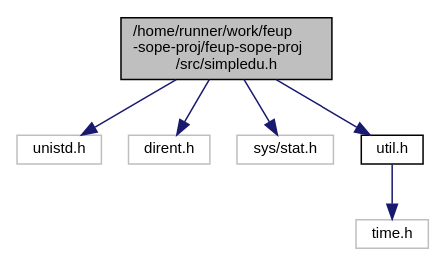
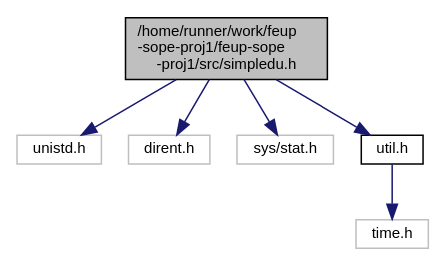
One commit to ctrlMarcio/feup-sope-proj changed the diagram in simpledu_8h__incl.dot. Above: the diagram before and after it, drawn with Graphviz. The commit also changed 25 other files, not shown here.

```diff
--- a/simpledu_8h__incl.dot
+++ b/simpledu_8h__incl.dot
@@ -1,16 +1,16 @@
-digraph "/home/runner/work/feup-sope-proj/feup-sope-proj/src/simpledu.h"
+digraph "/home/runner/work/feup-sope-proj1/feup-sope-proj1/src/simpledu.h"
 {
   edge [fontname="Helvetica",fontsize="10",labelfontname="Helvetica",labelfontsize="10"];
   node [fontname="Helvetica",fontsize="10",shape=record];
-  Node0 [label="/home/runner/work/feup\l-sope-proj/feup-sope-proj\l/src/simpledu.h",height=0.2,width=0.4,color="black", fillcolor="grey75", style="filled", fontcolor="black"];
+  Node0 [label="/home/runner/work/feup\l-sope-proj1/feup-sope\l-proj1/src/simpledu.h",height=0.2,width=0.4,color="black", fillcolor="grey75", style="filled", fontcolor="black"];
   Node0 -> Node1 [color="midnightblue",fontsize="10",style="solid",fontname="Helvetica"];
   Node1 [label="unistd.h",height=0.2,width=0.4,color="grey75", fillcolor="white", style="filled"];
   Node0 -> Node2 [color="midnightblue",fontsize="10",style="solid",fontname="Helvetica"];
   Node2 [label="dirent.h",height=0.2,width=0.4,color="grey75", fillcolor="white", style="filled"];
   Node0 -> Node3 [color="midnightblue",fontsize="10",style="solid",fontname="Helvetica"];
   Node3 [label="sys/stat.h",height=0.2,width=0.4,color="grey75", fillcolor="white", style="filled"];
   Node0 -> Node4 [color="midnightblue",fontsize="10",style="solid",fontname="Helvetica"];
   Node4 [label="util.h",height=0.2,width=0.4,color="black", fillcolor="white", style="filled",URL="$util_8h.html",tooltip="Holds important extra structs and functions. "];
   Node4 -> Node5 [color="midnightblue",fontsize="10",style="solid",fontname="Helvetica"];
   Node5 [label="time.h",height=0.2,width=0.4,color="grey75", fillcolor="white", style="filled"];
 }
```
